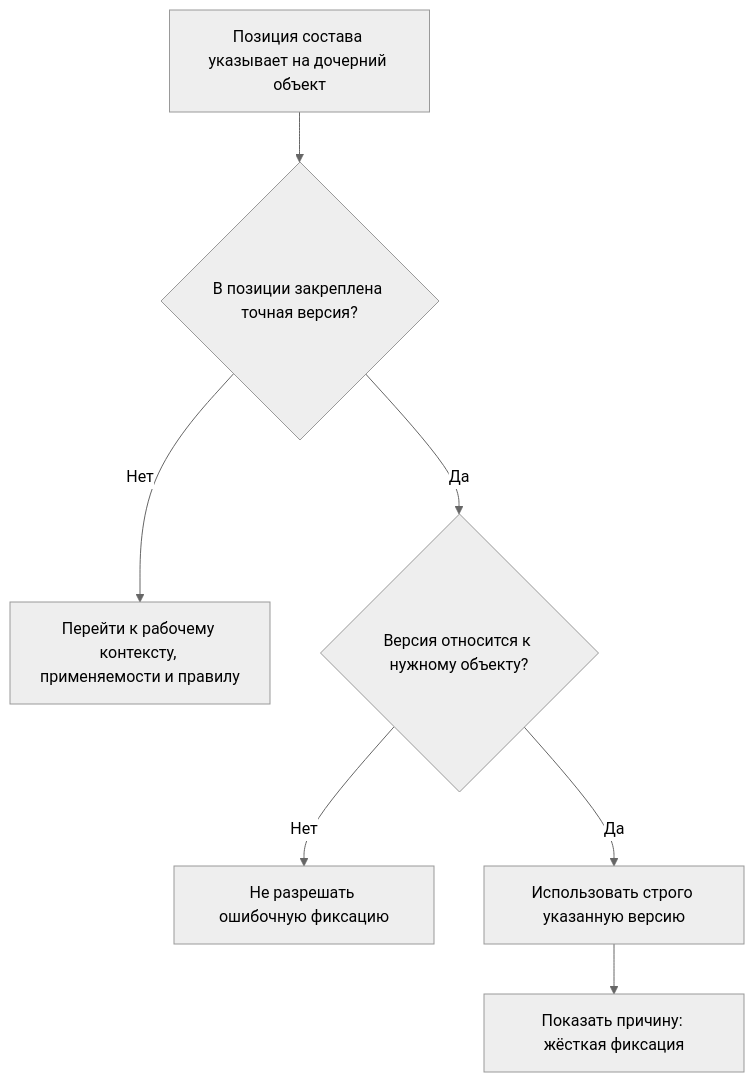
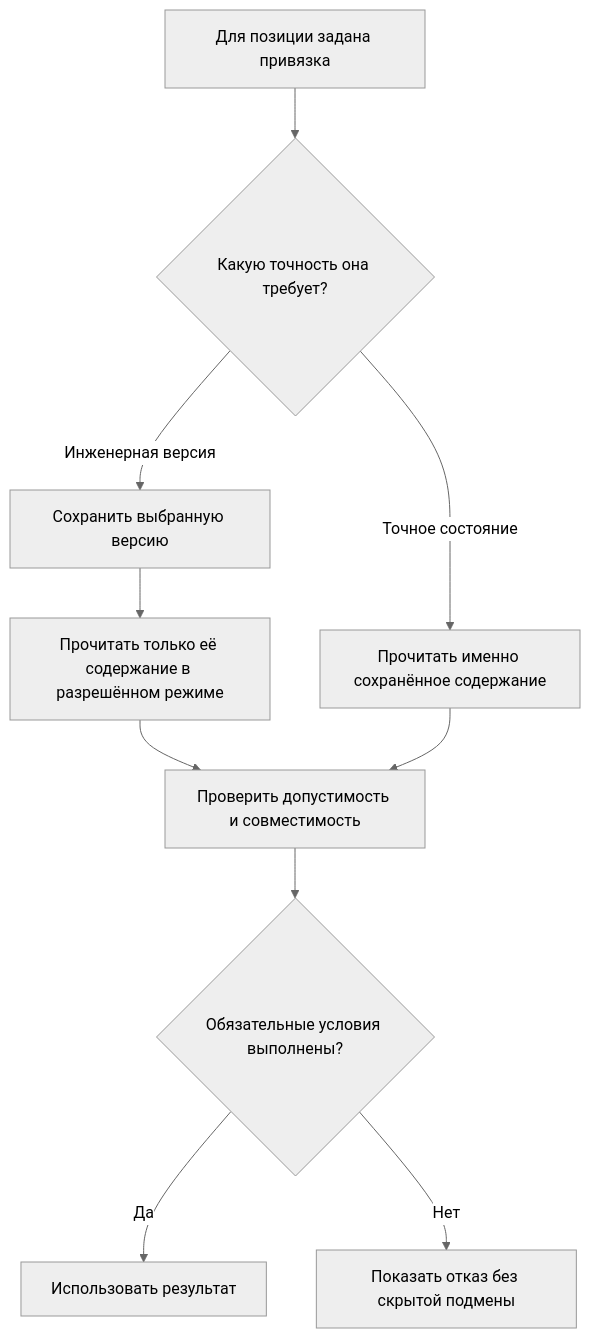
The first of 2 diagrams in docs/version-selection/02-hard-concretion-pin.md (ZelAnton/Interlink-product-book), drawn with Mermaid (neutral theme) before and after one commit. The commit also changed other lines of this file and 231 other files, not shown here.

````diff
--- a/docs/version-selection/02-hard-concretion-pin.md
+++ b/docs/version-selection/02-hard-concretion-pin.md
@@ -45,9 +34,12 @@
 ```mermaid
 flowchart TD
-    A["Позиция состава указывает на дочерний объект"] --> B{"В позиции закреплена точная версия?"}
-    B -->|Нет| C["Перейти к рабочему контексту, применяемости и правилу"]
-    B -->|Да| D{"Версия относится к нужному объекту?"}
-    D -->|Нет| E["Не разрешать ошибочную фиксацию"]
-    D -->|Да| F["Использовать строго указанную версию"]
-    F --> G["Показать причину: жёсткая фиксация"]
+    A["Для позиции задана привязка"] --> B{"Какую точность она требует?"}
+    B -->|Инженерная версия| C["Сохранить выбранную версию"]
+    C --> D["Прочитать только её содержание в разрешённом режиме"]
+    B -->|Точное состояние| E["Прочитать именно сохранённое содержание"]
+    D --> F["Проверить допустимость и совместимость"]
+    E --> F
+    F --> G{"Обязательные условия выполнены?"}
+    G -->|Да| H["Использовать результат"]
+    G -->|Нет| I["Показать отказ без скрытой подмены"]
 ```
````
